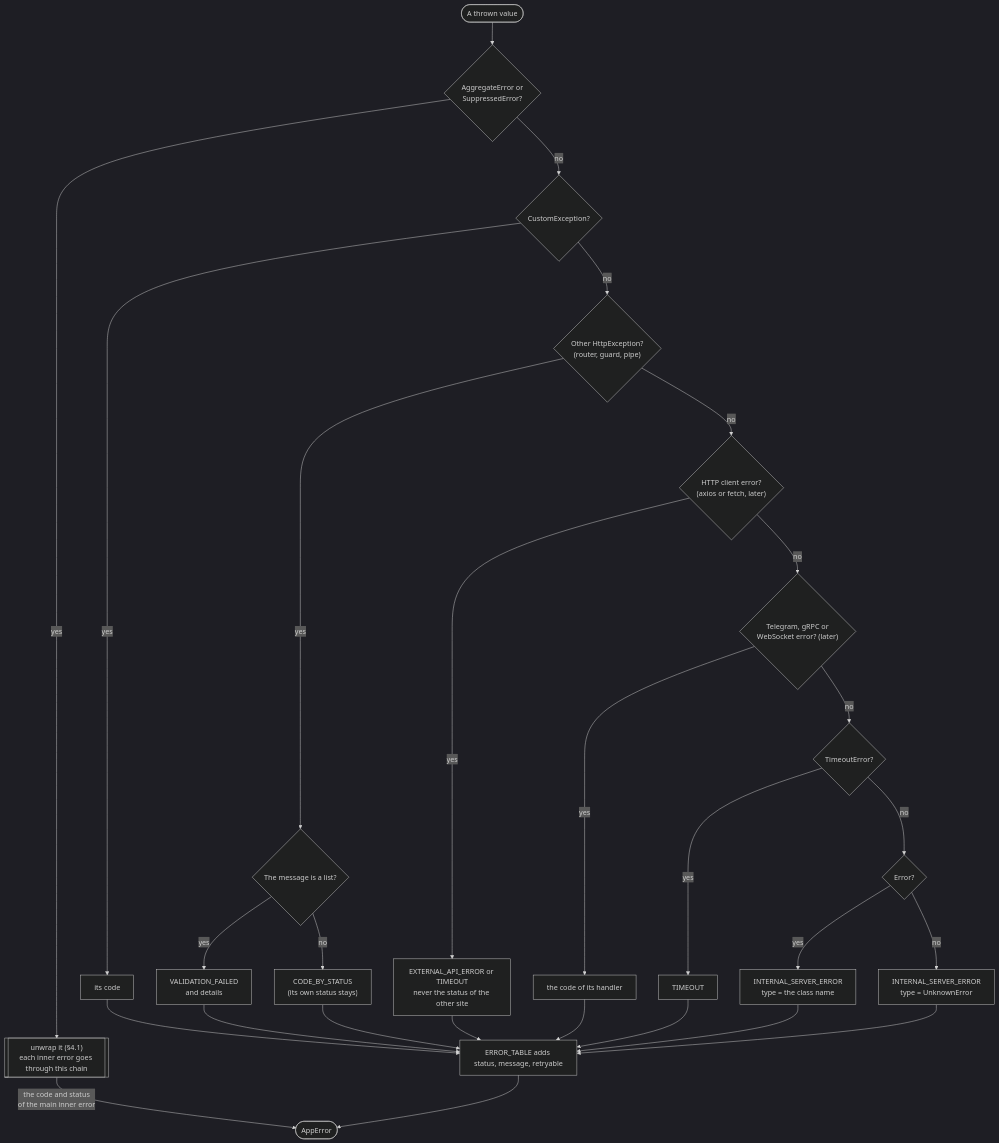
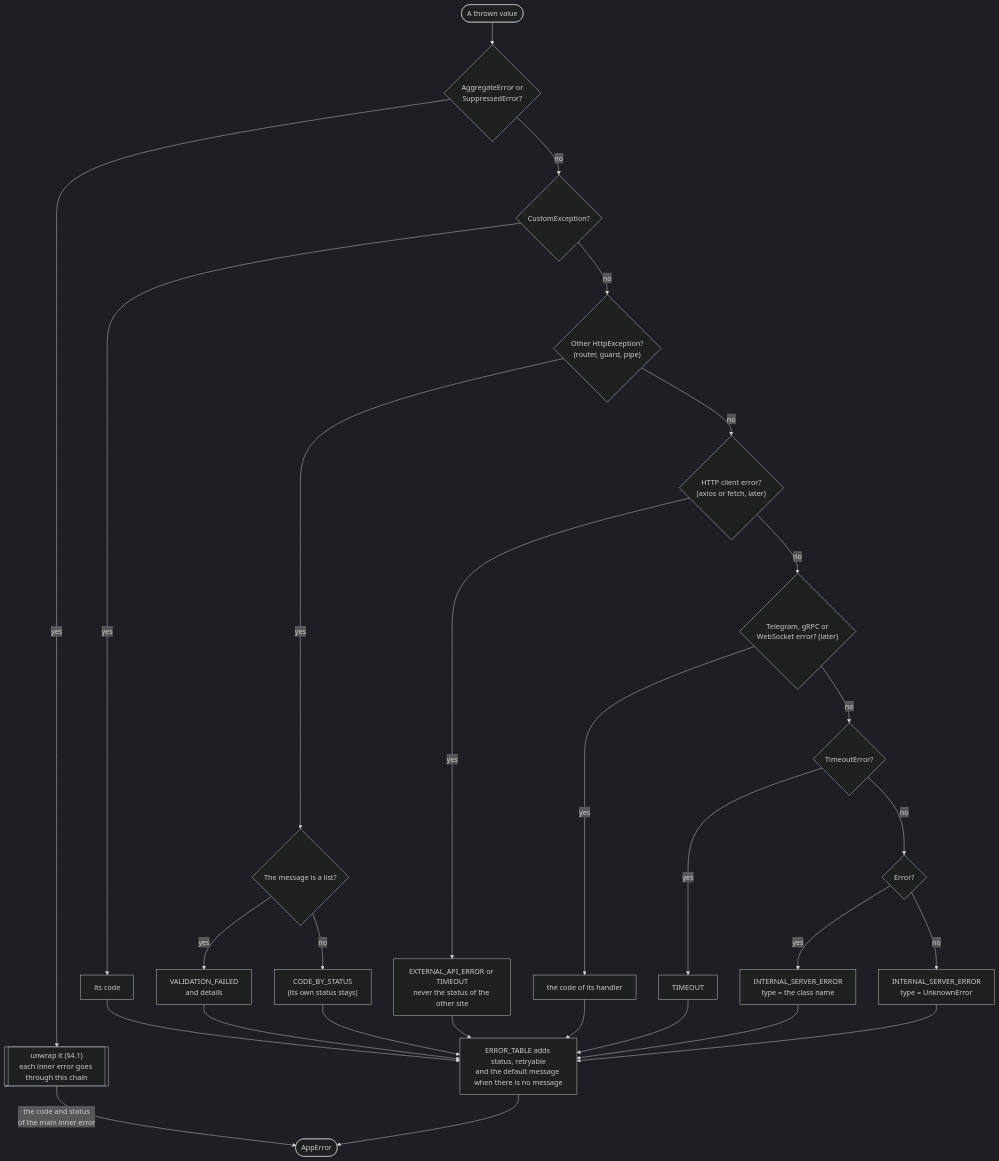
The third of 6 diagrams in docs/error-handling-improvements.md (CyberBrainiac/job-search-automation-tool), drawn with Mermaid (dark theme) before and after one commit. The commit also changed other lines of this file, not shown here.

First line of the commit message:
docs(root): keep the real error message in AppError and the response

````diff
--- a/docs/error-handling-improvements.md
+++ b/docs/error-handling-improvements.md
@@ -219,23 +225,23 @@
 ```mermaid
 flowchart TD
   S(["A thrown value"]) --> H0{"AggregateError or<br/>SuppressedError?"}
   H0 -- "yes" --> R0[["unwrap it (§4.1)<br/>each inner error goes through this chain"]]
   R0 -- "the code and status<br/>of the main inner error" --> A
   H0 -- "no" --> H1{"CustomException?"}
   H1 -- "yes" --> R1["its code"]
   H1 -- "no" --> H2{"Other HttpException?<br/>(router, guard, pipe)"}
   H2 -- "yes" --> H2L{"The message is a list?"}
   H2 -- "no" --> H3{"HTTP client error?<br/>(axios or fetch, later)"}
   H2L -- "yes" --> R2a["VALIDATION_FAILED<br/>and details"]
   H2L -- "no" --> R2b["CODE_BY_STATUS<br/>(its own status stays)"]
   H3 -- "yes" --> R3["EXTERNAL_API_ERROR or TIMEOUT<br/>never the status of the other site"]
   H3 -- "no" --> H4{"Telegram, gRPC or<br/>WebSocket error? (later)"}
   H4 -- "yes" --> R4["the code of its handler"]
   H4 -- "no" --> H5{"TimeoutError?"}
   H5 -- "yes" --> R5["TIMEOUT"]
   H5 -- "no" --> H6{"Error?"}
   H6 -- "yes" --> R6["INTERNAL_SERVER_ERROR<br/>type = the class name"]
   H6 -- "no" --> R7["INTERNAL_SERVER_ERROR<br/>type = UnknownError"]
-  R1 & R2a & R2b & R3 & R4 & R5 & R6 & R7 --> T["ERROR_TABLE adds status, message, retryable"]
+  R1 & R2a & R2b & R3 & R4 & R5 & R6 & R7 --> T["ERROR_TABLE adds status, retryable<br/>and the default message when there is no message"]
   T --> A(["AppError"])
 ```
````
